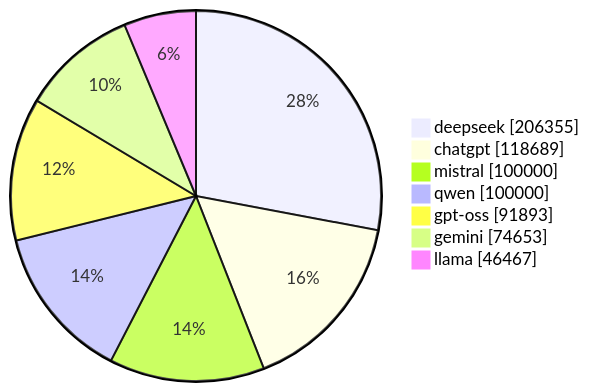
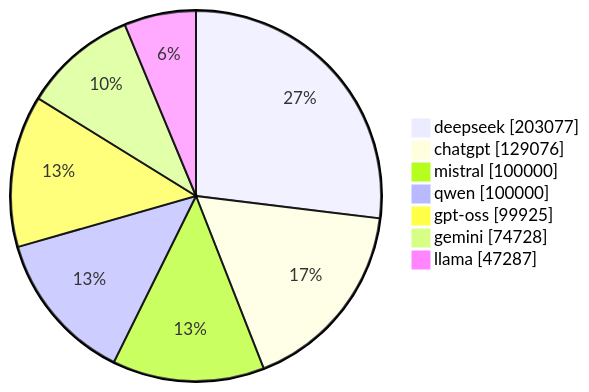
Before and after one commit to gqgs/llm100kbench: the diagram in README.md, drawn with Mermaid. The commit also changed other lines of this file and 17 other files, not shown here.

````diff
--- a/README.md
+++ b/README.md
@@ -50,10 +50,10 @@
 ```mermaid
 pie showData
-    "deepseek" : 206355
-    "chatgpt" : 118689
+    "deepseek" : 203077
+    "chatgpt" : 129076
     "mistral" : 100000
     "qwen" : 100000
-    "gpt-oss" : 91893
-    "gemini" : 74653
-    "llama" : 46467
+    "gpt-oss" : 99925
+    "gemini" : 74728
+    "llama" : 47287
 ```
````
